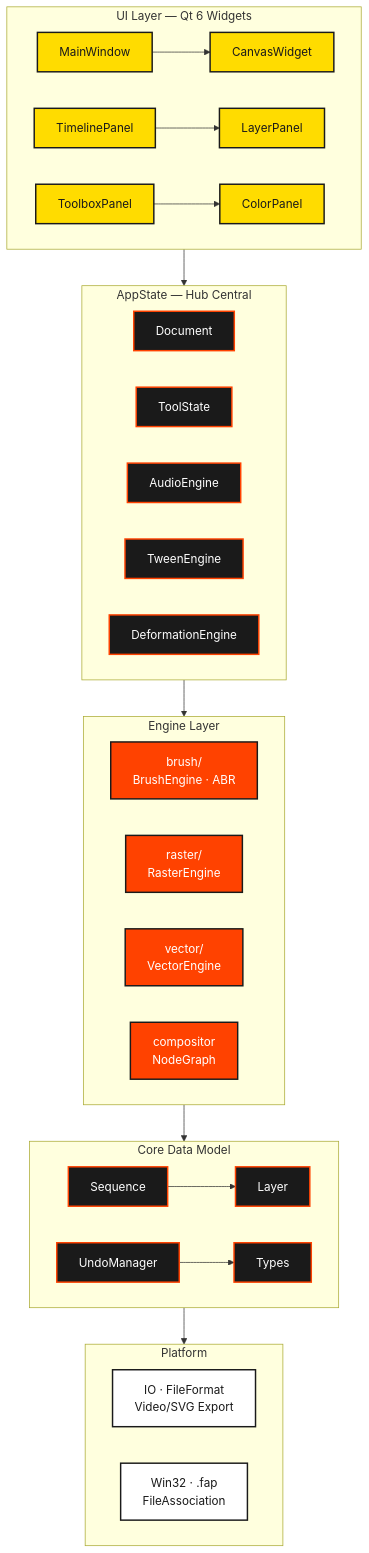
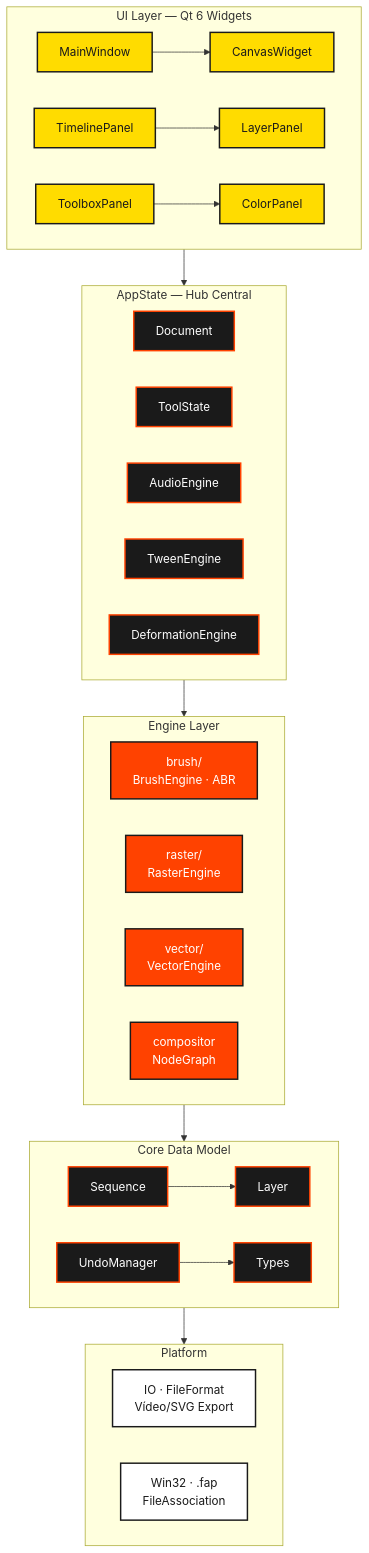
The first of 3 diagrams in README.md (freeanimationpower/FreeAnimationPower), drawn with Mermaid before and after one commit. The commit also changed other lines of this file, not shown here.

````diff
--- a/README.md
+++ b/README.md
@@ -160,45 +160,45 @@
 ```mermaid
 flowchart TB
     classDef ui fill:#ffdc00,stroke:#1a1a1a,color:#1a1a1a,stroke-width:2px;
     classDef engine fill:#ff4200,stroke:#1a1a1a,color:#ffffff,stroke-width:2px;
     classDef data fill:#1a1a1a,stroke:#ff4200,color:#ffffff,stroke-width:2px;
     classDef ext fill:#ffffff,stroke:#1a1a1a,color:#1a1a1a,stroke-width:2px;
         subgraph UI["UI Layer — Qt 6 Widgets"]
             direction LR
             MW["MainWindow"] --> CW["CanvasWidget"]
             TP["TimelinePanel"] --> LP["LayerPanel"]
             TB["ToolboxPanel"] --> CP["ColorPanel"]
         end
         subgraph APP["AppState — Hub Central"]
             DOC["Document"]
             TST["ToolState"]
             AUD["AudioEngine"]
             TWN["TweenEngine"]
             DEF["DeformationEngine"]
         end
         subgraph ENG["Engine Layer"]
             direction LR
             BRS["brush/<br/>BrushEngine · ABR"]
             RST["raster/<br/>RasterEngine"]
             VCT["vector/<br/>VectorEngine"]
             CMP["compositor<br/>NodeGraph"]
         end
         subgraph CORE["Core Data Model"]
             direction LR
             SEQ["Sequence"] --> LYR["Layer"]
             UND["UndoManager"] --> TYP["Types"]
         end
         subgraph PLT["Platform"]
-            IO["IO · FileFormat<br/>Video/SVG Export"]
+            IO["IO · FileFormat<br/>Vídeo/SVG Export"]
             WIN["Win32 · .fap<br/>FileAssociation"]
         end
         UI --> APP
         APP --> ENG
         ENG --> CORE
         CORE --> PLT
         class MW,CW,TP,LP,TB,CP ui
         class DOC,TST,AUD,TWN,DEF data
         class BRS,RST,VCT,CMP engine
         class SEQ,LYR,UND,TYP data
         class IO,WIN ext
 ```
````
